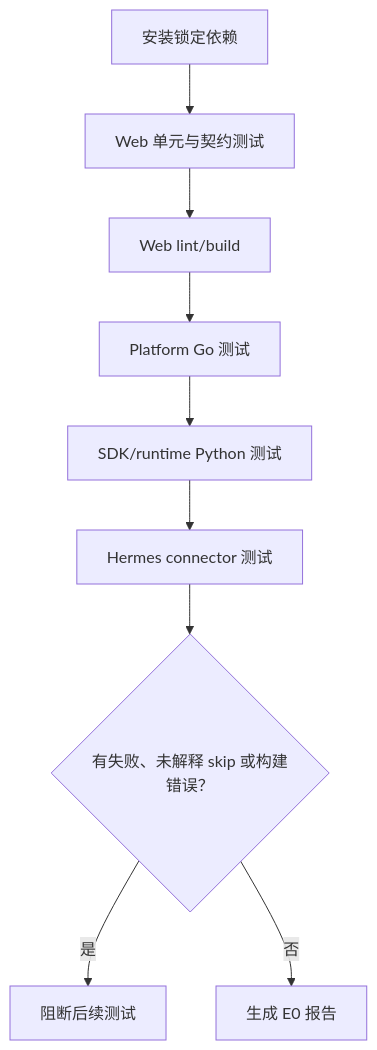
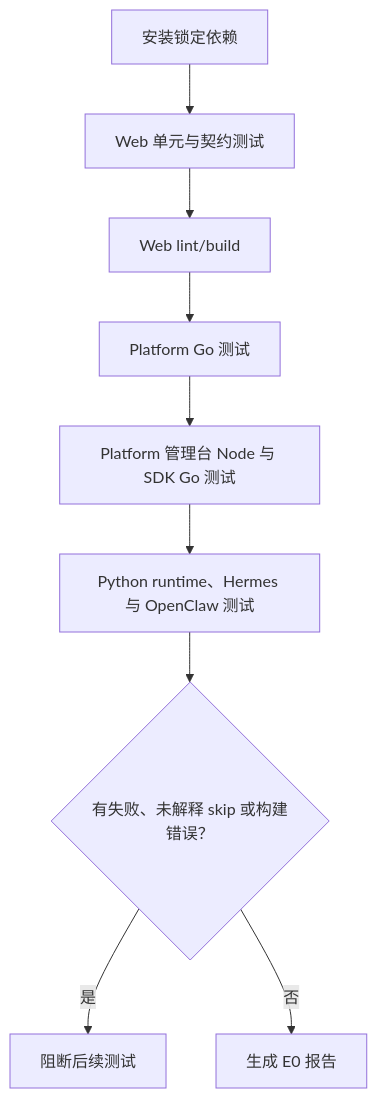
Before and after one commit to BillShiyaoZhang/agent-collaboration-deploy: the third of 30 diagrams in docs/testing/TEST_EXECUTION_GUIDE.md, drawn with Mermaid. The commit also changed other lines of this file and 11 other files, not shown here.

```diff
--- a/docs/testing/TEST_EXECUTION_GUIDE.md
+++ b/docs/testing/TEST_EXECUTION_GUIDE.md
@@ -207,11 +215,11 @@
 ~~~mermaid
 flowchart TD
     A["安装锁定依赖"] --> B["Web 单元与契约测试"]
     B --> C["Web lint/build"]
     C --> D["Platform Go 测试"]
-    D --> E["SDK/runtime Python 测试"]
-    E --> F["Hermes connector 测试"]
+    D --> E["Platform 管理台 Node 与 SDK Go 测试"]
+    E --> F["Python runtime、Hermes 与 OpenClaw 测试"]
     F --> G{"有失败、未解释 skip 或构建错误？"}
     G -- "是" --> H["阻断后续测试"]
     G -- "否" --> I["生成 E0 报告"]
 ~~~
```
